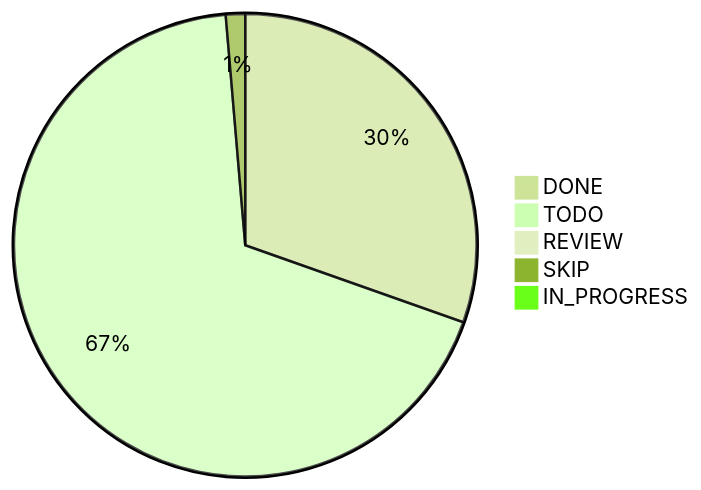
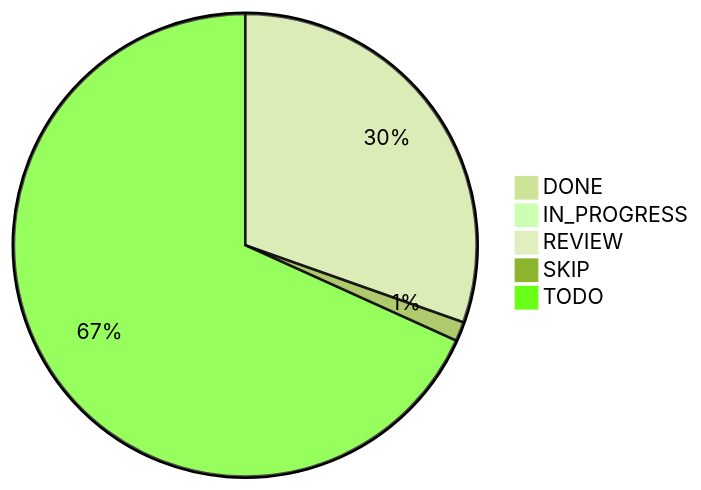
Before and after one commit to marleeeeeey/cpp_notes: the first of 7 diagrams in PROGRESS.md, drawn with Mermaid (forest theme). The commit also changed other lines of this file and 3 other files, not shown here.

Commit message:
Fix pie chart generation issues.

````diff
--- a/PROGRESS.md
+++ b/PROGRESS.md
@@ -3,8 +3,8 @@
 ```mermaid
 pie
   "DONE" : 45
-  "TODO" : 101
+  "IN_PROGRESS" : 1
   "REVIEW" : 1
   "SKIP" : 2
-  "IN_PROGRESS" : 1
+  "TODO" : 101
 ```
````
